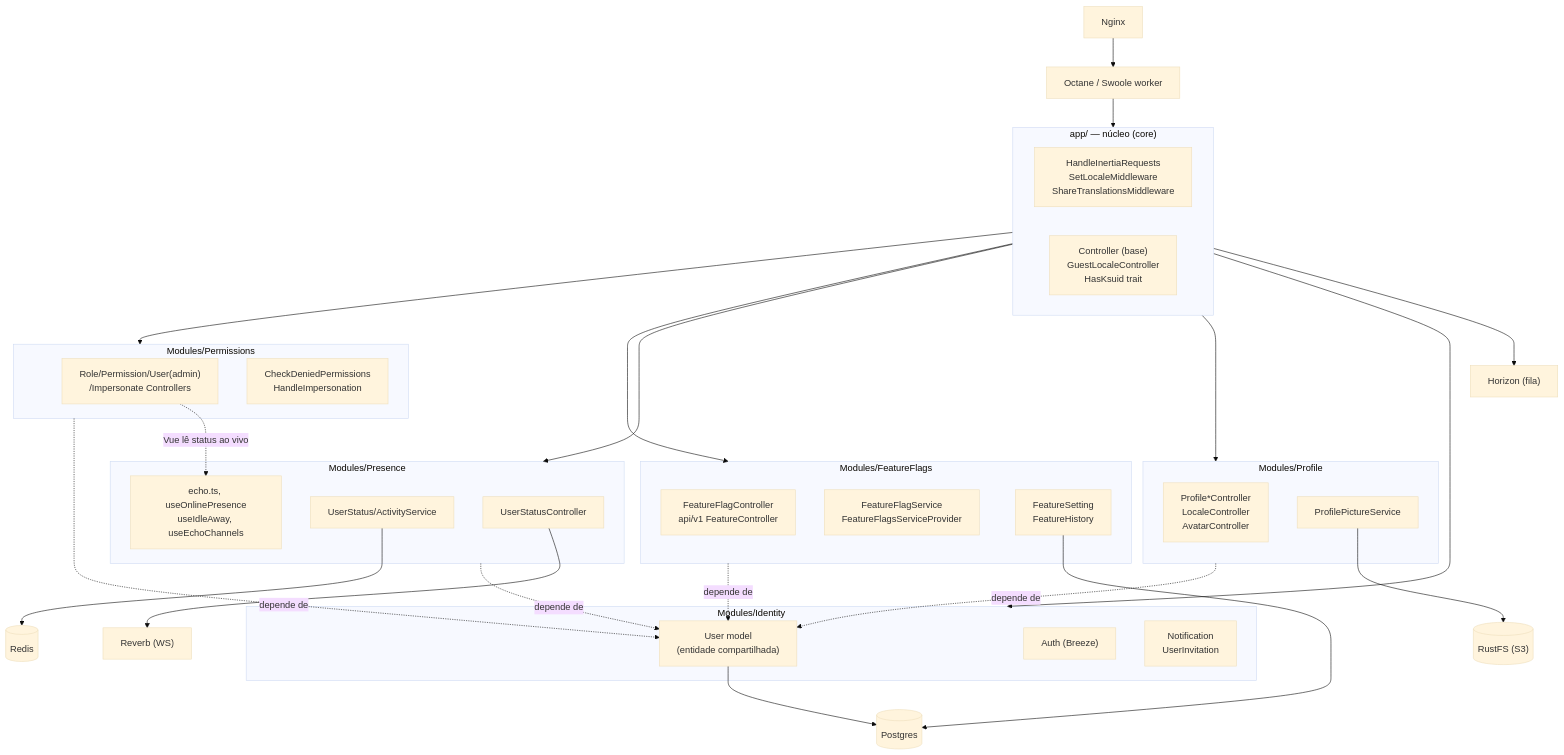
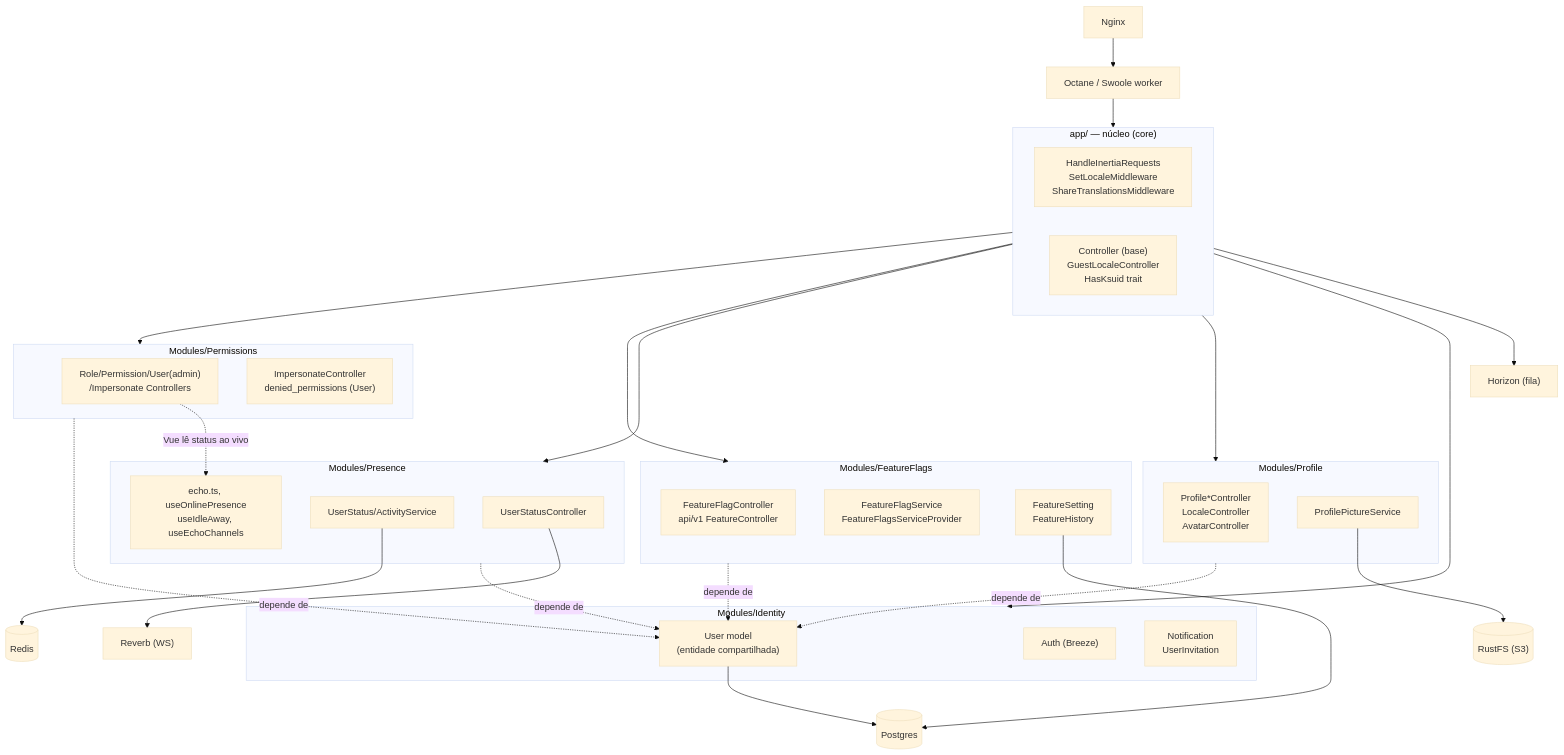
One commit to FerrazRezende/laravel-boilerplate changed the first of 4 diagrams in MODULES.md. Above: the diagram before and after it, drawn with Mermaid (base theme). The commit also changed 32 other files, not shown here.

````diff
--- a/MODULES.md
+++ b/MODULES.md
@@ -30,80 +30,80 @@
 ```mermaid
 flowchart TB
     NGINX["Nginx"] --> OCTANE["Octane / Swoole worker"]
 
     subgraph CORE["app/ — núcleo (core)"]
         direction LR
         MW["HandleInertiaRequests
 SetLocaleMiddleware
 ShareTranslationsMiddleware"]
         BASE["Controller (base)
 GuestLocaleController
 HasKsuid trait"]
     end
 
     OCTANE --> MW
 
     subgraph MOD_ID["Modules/Identity"]
         ID1["User model
 (entidade compartilhada)"]
         ID2["Auth (Breeze)"]
         ID3["Notification
 UserInvitation"]
     end
 
     subgraph MOD_PR["Modules/Profile"]
         PR1["Profile*Controller
 LocaleController
 AvatarController"]
         PR2["ProfilePictureService"]
     end
 
     subgraph MOD_PS["Modules/Presence"]
         PS1["UserStatusController"]
         PS2["UserStatus/ActivityService"]
         PS3["echo.ts, useOnlinePresence
 useIdleAway, useEchoChannels"]
     end
 
     subgraph MOD_FF["Modules/FeatureFlags"]
         FF1["FeatureFlagController
 api/v1 FeatureController"]
         FF2["FeatureFlagService
 FeatureFlagsServiceProvider"]
         FF3["FeatureSetting
 FeatureHistory"]
     end
 
     subgraph MOD_PM["Modules/Permissions"]
         PM1["Role/Permission/User(admin)
 /Impersonate Controllers"]
-        PM2["CheckDeniedPermissions
-HandleImpersonation"]
+        PM2["ImpersonateController
+denied_permissions (User)"]
     end
 
     MW --> MOD_ID
     MW --> MOD_PR
     MW --> MOD_PS
     MW --> MOD_FF
     MW --> MOD_PM
 
     MOD_PR -. depende de .-> ID1
     MOD_PS -. depende de .-> ID1
     MOD_FF -. depende de .-> ID1
     MOD_PM -. depende de .-> ID1
 
     PM1 -. Vue lê status ao vivo .-> PS3
 
     PG[("Postgres")]
     REDIS[("Redis")]
     RUSTFS[("RustFS (S3)")]
     HORIZON["Horizon (fila)"]
     REVERB["Reverb (WS)"]
 
     ID1 --> PG
     FF3 --> PG
     PS2 --> REDIS
     PR2 --> RUSTFS
     PS1 --> REVERB
     BASE --> HORIZON
 ```
````
